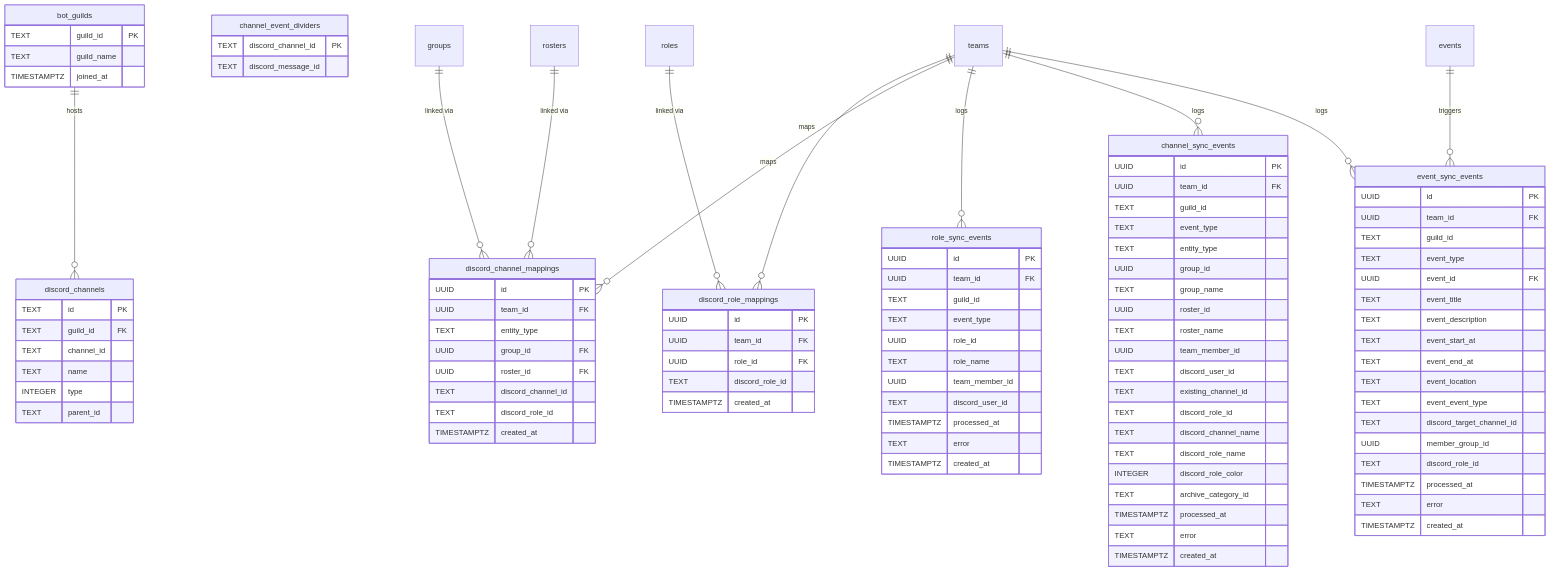
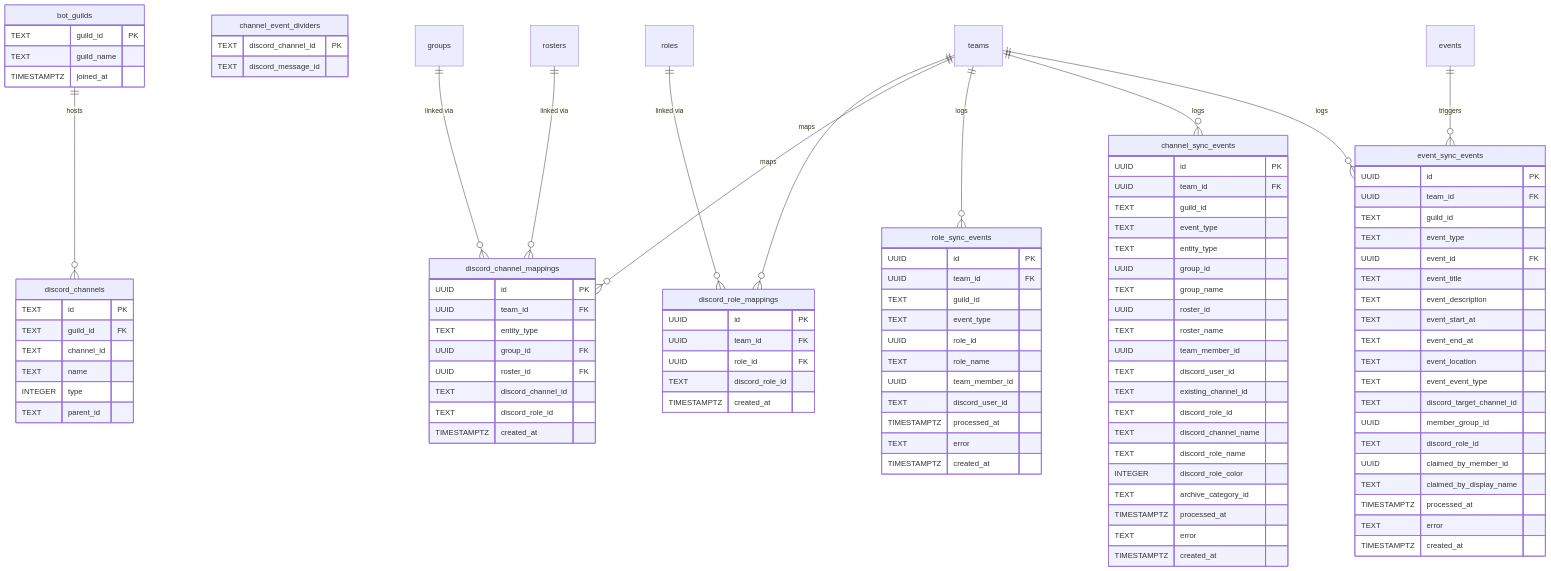
One commit to maxa-ondrej/sideline changed the eighth of 12 diagrams in docs/thesis/er-diagram.md. Above: the diagram before and after it, drawn with Mermaid. The commit also changed other lines of this file and 38 other files, not shown here.

```diff
--- a/docs/thesis/er-diagram.md
+++ b/docs/thesis/er-diagram.md
@@ -504,6 +509,8 @@
         TEXT discord_target_channel_id
         UUID member_group_id
         TEXT discord_role_id
+        UUID claimed_by_member_id
+        TEXT claimed_by_display_name
         TIMESTAMPTZ processed_at
         TEXT error
         TIMESTAMPTZ created_at
```
